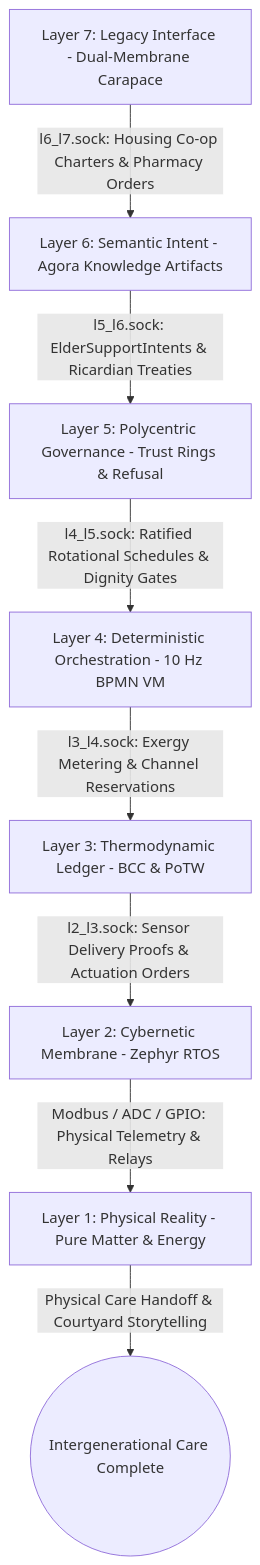
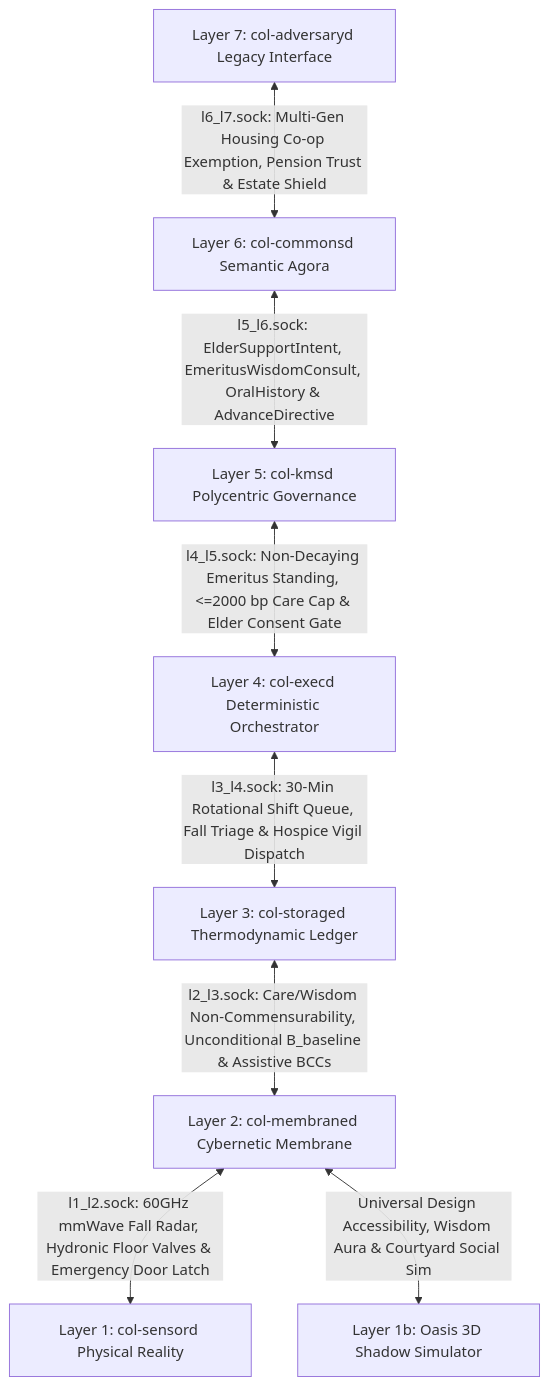
One commit to raffaine/collective changed the second of 3 diagrams in docs/scenarios/phi_elder.md. Above: the diagram before and after it, drawn with Mermaid. The commit also changed other lines of this file and 33 other files, not shown here.

````diff
--- a/docs/scenarios/phi_elder.md
+++ b/docs/scenarios/phi_elder.md
@@ -44,10 +87,10 @@
 ```mermaid
 graph TD
-    L7[Layer 7: Legacy Interface - Dual-Membrane Carapace] -->|l6_l7.sock: Housing Co-op Charters & Pharmacy Orders| L6[Layer 6: Semantic Intent - Agora Knowledge Artifacts]
-    L6 -->|l5_l6.sock: ElderSupportIntents & Ricardian Treaties| L5[Layer 5: Polycentric Governance - Trust Rings & Refusal]
-    L5 -->|l4_l5.sock: Ratified Rotational Schedules & Dignity Gates| L4[Layer 4: Deterministic Orchestration - 10 Hz BPMN VM]
-    L4 -->|l3_l4.sock: Exergy Metering & Channel Reservations| L3[Layer 3: Thermodynamic Ledger - BCC & PoTW]
-    L3 -->|l2_l3.sock: Sensor Delivery Proofs & Actuation Orders| L2[Layer 2: Cybernetic Membrane - Zephyr RTOS]
-    L2 -->|Modbus / ADC / GPIO: Physical Telemetry & Relays| L1[Layer 1: Physical Reality - Pure Matter & Energy]
-    L1 -->|Physical Care Handoff & Courtyard Storytelling| End((Intergenerational Care Complete))
+    L7[Layer 7: col-adversaryd Legacy Interface] <-->|l6_l7.sock: Multi-Gen Housing Co-op Exemption, Pension Trust & Estate Shield| L6[Layer 6: col-commonsd Semantic Agora]
+    L6 <-->|l5_l6.sock: ElderSupportIntent, EmeritusWisdomConsult, OralHistory & AdvanceDirective| L5[Layer 5: col-kmsd Polycentric Governance]
+    L5 <-->|l4_l5.sock: Non-Decaying Emeritus Standing, <=2000 bp Care Cap & Elder Consent Gate| L4[Layer 4: col-execd Deterministic Orchestrator]
+    L4 <-->|l3_l4.sock: 30-Min Rotational Shift Queue, Fall Triage & Hospice Vigil Dispatch| L3[Layer 3: col-storaged Thermodynamic Ledger]
+    L3 <-->|l2_l3.sock: Care/Wisdom Non-Commensurability, Unconditional B_baseline & Assistive BCCs| L2[Layer 2: col-membraned Cybernetic Membrane]
+    L2 <-->|l1_l2.sock: 60GHz mmWave Fall Radar, Hydronic Floor Valves & Emergency Door Latch| L1[Layer 1: col-sensord Physical Reality]
+    L2 <-->|Universal Design Accessibility, Wisdom Aura & Courtyard Social Sim| L1b[Layer 1b: Oasis 3D Shadow Simulator]
 ```
````
